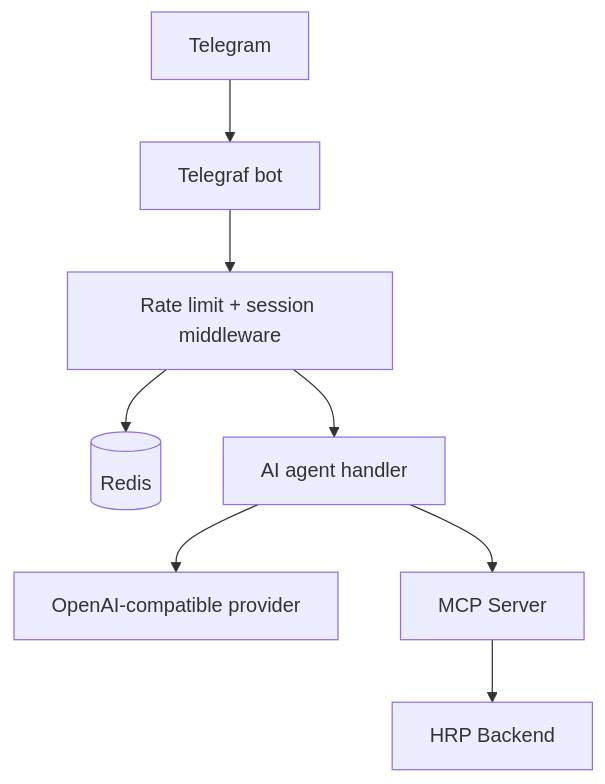
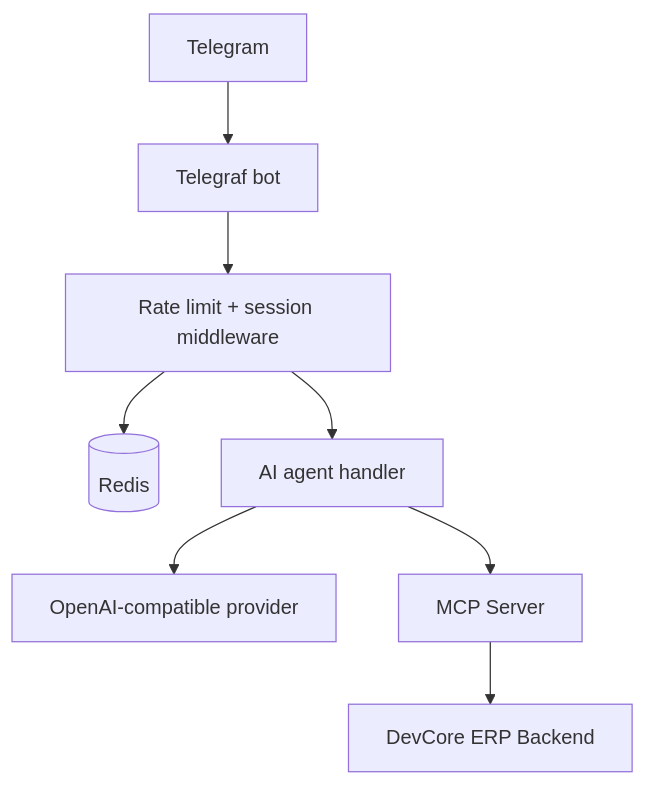
The diagram in agent-gateway/README.md (ldanh270/dev-core-erp), drawn with Mermaid before and after one commit. The commit also changed other lines of this file and 10 other files, not shown here.

Commit message:
docs: rebrand project to DevCore ERP across system documentation

````diff
--- a/agent-gateway/README.md
+++ b/agent-gateway/README.md
@@ -7,10 +7,10 @@
 ```mermaid
 flowchart TB
   Telegram --> Bot["Telegraf bot"]
   Bot --> Guard["Rate limit + session middleware"]
   Guard --> Redis[("Redis")]
   Guard --> Handler["AI agent handler"]
   Handler --> LLM["OpenAI-compatible provider"]
   Handler --> MCP["MCP Server"]
-  MCP --> API["HRP Backend"]
+  MCP --> API["DevCore ERP Backend"]
 ```
````
